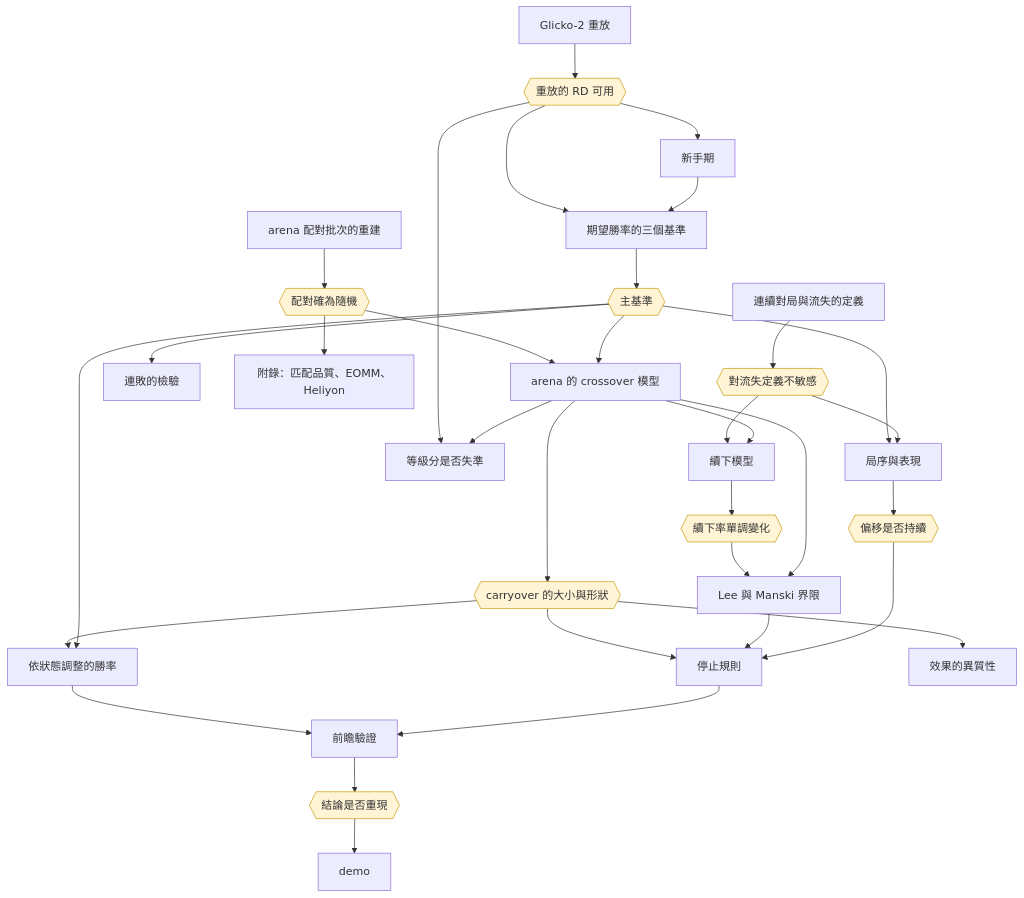
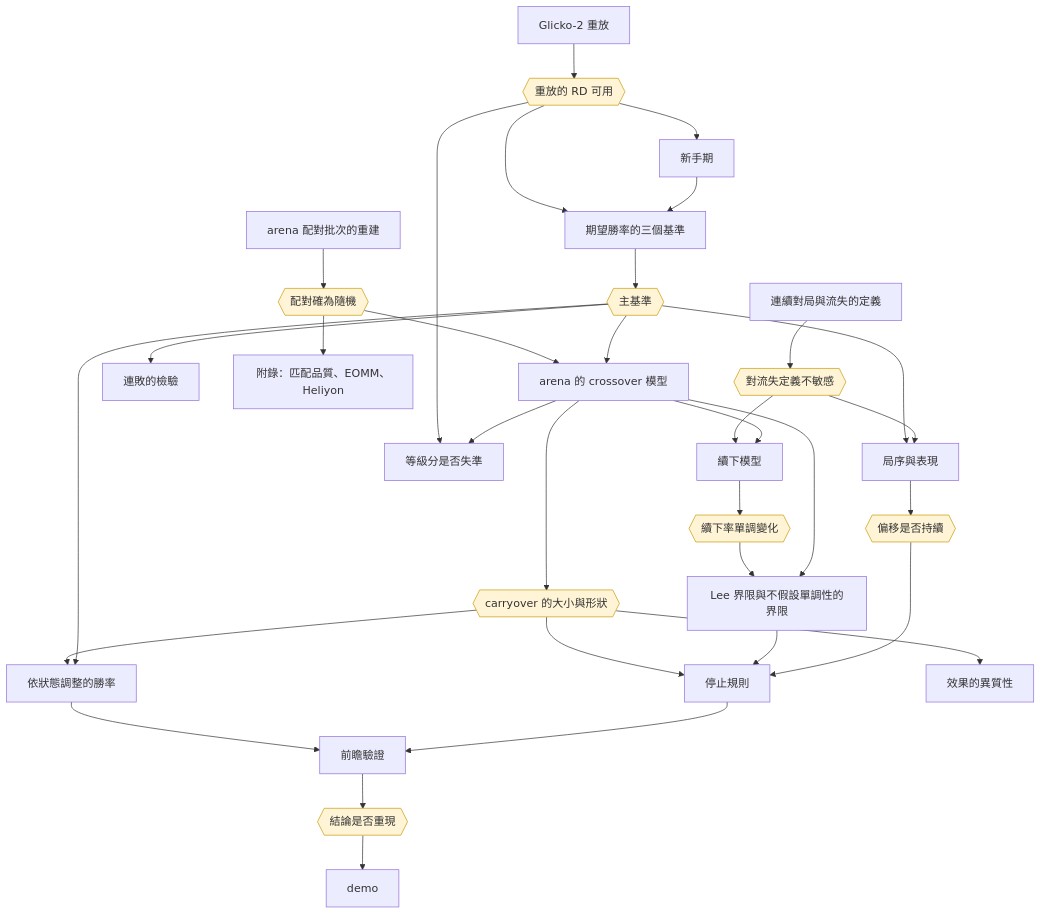
The diagram in docs/plan.md (jambochen/analyze), drawn with Mermaid before and after one commit. The commit also changed other lines of this file and 6 other files, not shown here.

````diff
--- a/docs/plan.md
+++ b/docs/plan.md
@@ -219,66 +220,66 @@
 ```mermaid
 flowchart TD
     wave[arena 配對批次的重建]
     replaym[Glicko-2 重放]
     novm[新手期]
     basem[期望勝率的三個基準]
     churnm[連續對局與流失的定義]
     xom[arena 的 crossover 模型]
     selm[續下模型]
-    boundm[Lee 與 Manski 界限]
+    boundm[Lee 界限與不假設單調性的界限]
     filterm[等級分是否失準]
     pmm[局序與表現]
     predm[依狀態調整的勝率]
     stopm[停止規則]
     prospm[前瞻驗證]
     demom[demo]
     hetm[效果的異質性]
     streakm[連敗的檢驗]
     appm[附錄：匹配品質、EOMM、Heliyon]
 
     crand{{配對確為隨機}}
     crep{{重放的 RD 可用}}
     cbase{{主基準}}
     csens{{對流失定義不敏感}}
     cmono{{續下率單調變化}}
     cco{{carryover 的大小與形狀}}
     cshift{{偏移是否持續}}
     cprosp{{結論是否重現}}
 
     wave --> crand
     replaym --> crep
     basem --> cbase
     churnm --> csens
     selm --> cmono
     xom --> cco
     pmm --> cshift
     prospm --> cprosp
 
     crep --> novm
     crep --> basem
     novm --> basem
     crand --> xom
     cbase --> xom
     csens --> selm
     xom --> selm
     cmono --> boundm
     xom --> boundm
     crep --> filterm
     xom --> filterm
     cbase --> pmm
     csens --> pmm
     cco --> predm
     cbase --> predm
     cco --> stopm
     boundm --> stopm
     cshift --> stopm
     predm --> prospm
     stopm --> prospm
     cprosp --> demom
     cco --> hetm
     cbase --> streakm
     crand --> appm
 
     classDef concl fill:#fff4d6,stroke:#c99a06
     class crand,crep,cbase,csens,cmono,cco,cshift,cprosp concl
 ```
````
